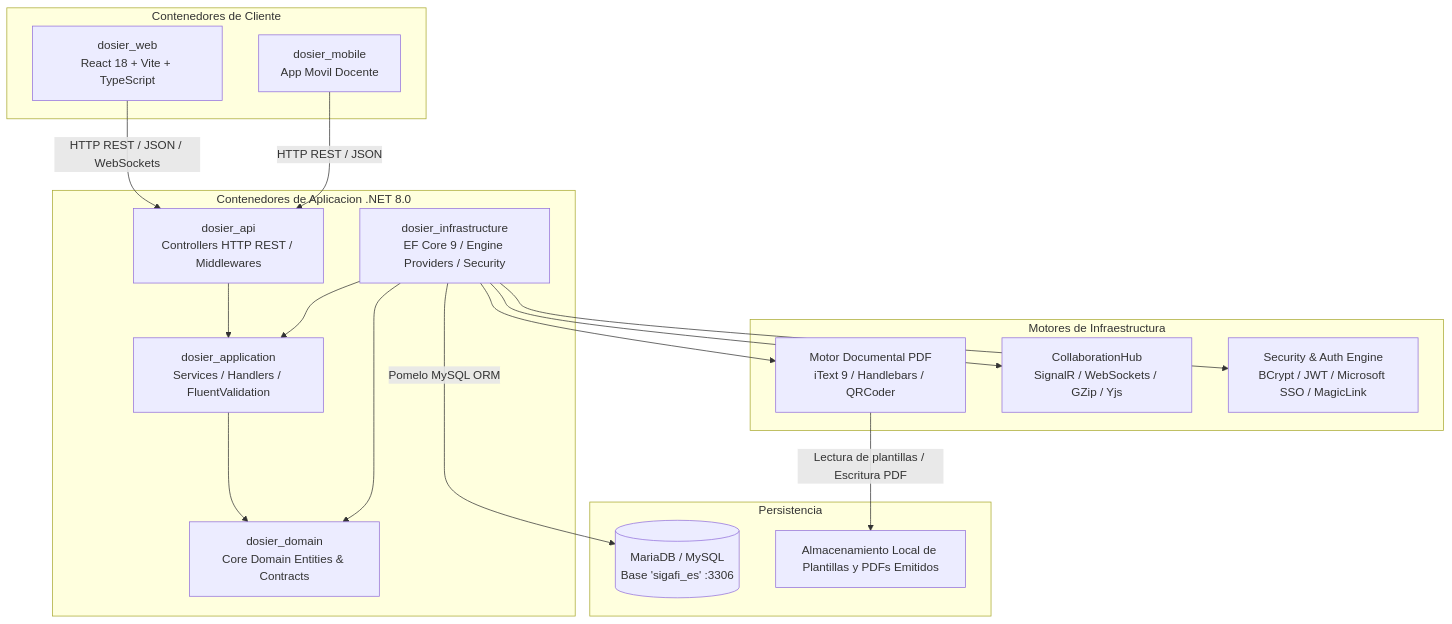
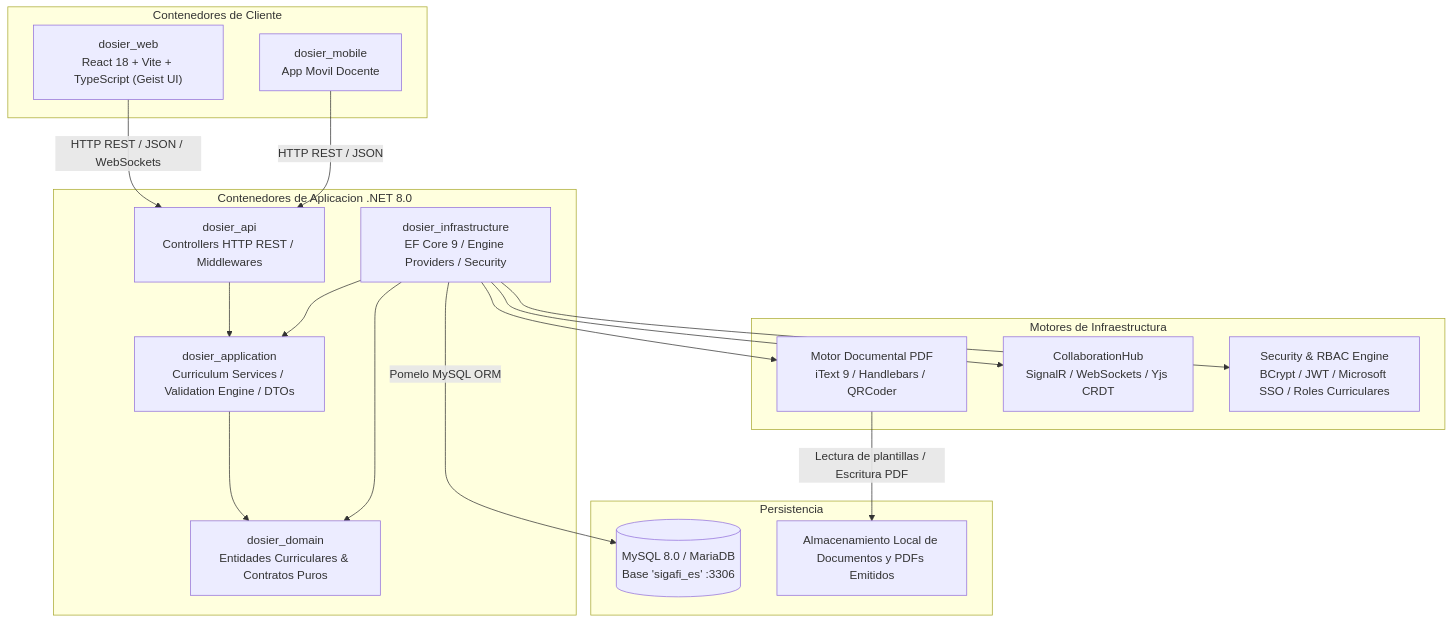
The third of 3 diagrams in docs/documentacion/01-arquitectura/01-macro-arquitectura-clean-arch.md (JorgeDoicela/dosier), drawn with Mermaid before and after one commit. The commit also changed other lines of this file and 34 other files, not shown here.

````diff
--- a/docs/documentacion/01-arquitectura/01-macro-arquitectura-clean-arch.md
+++ b/docs/documentacion/01-arquitectura/01-macro-arquitectura-clean-arch.md
@@ -89,40 +93,40 @@
 ```mermaid
 graph TB
     subgraph Clients [Contenedores de Cliente]
-        WebClient["dosier_web\nReact 18 + Vite + TypeScript"]
+        WebClient["dosier_web\nReact 18 + Vite + TypeScript (Geist UI)"]
         MobileClient["dosier_mobile\nApp Movil Docente"]
     end
 
     subgraph BackendServices [Contenedores de Aplicacion .NET 8.0]
         APIContainer["dosier_api\nControllers HTTP REST / Middlewares"]
-        AppContainer["dosier_application\nServices / Handlers / FluentValidation"]
-        DomainContainer["dosier_domain\nCore Domain Entities & Contracts"]
+        AppContainer["dosier_application\nCurriculum Services / Validation Engine / DTOs"]
+        DomainContainer["dosier_domain\nEntidades Curriculares & Contratos Puros"]
         InfraContainer["dosier_infrastructure\nEF Core 9 / Engine Providers / Security"]
     end
 
     subgraph SpecializedEngines [Motores de Infraestructura]
         DocEngine["Motor Documental PDF\niText 9 / Handlebars / QRCoder"]
-        CoWorkHub["CollaborationHub\nSignalR / WebSockets / GZip / Yjs"]
-        SecurityEngine["Security & Auth Engine\nBCrypt / JWT / Microsoft SSO / MagicLink"]
+        CoWorkHub["CollaborationHub\nSignalR / WebSockets / Yjs CRDT"]
+        SecurityEngine["Security & RBAC Engine\nBCrypt / JWT / Microsoft SSO / Roles Curriculares"]
     end
 
     subgraph DataStorage [Persistencia]
-        DB[(MariaDB / MySQL\nBase 'sigafi_es' :3306)]
-        FileStore["Almacenamiento Local de Plantillas y PDFs Emitidos"]
+        DB[(MySQL 8.0 / MariaDB\nBase 'sigafi_es' :3306)]
+        FileStore["Almacenamiento Local de Documentos y PDFs Emitidos"]
     end
 
     WebClient -->|HTTP REST / JSON / WebSockets| APIContainer
     MobileClient -->|HTTP REST / JSON| APIContainer
 
     APIContainer --> AppContainer
     AppContainer --> DomainContainer
     InfraContainer --> DomainContainer
     InfraContainer --> AppContainer
 
     InfraContainer --> DocEngine
     InfraContainer --> CoWorkHub
     InfraContainer --> SecurityEngine
 
     InfraContainer -->|Pomelo MySQL ORM| DB
     DocEngine -->|Lectura de plantillas / Escritura PDF| FileStore
 ```
````
